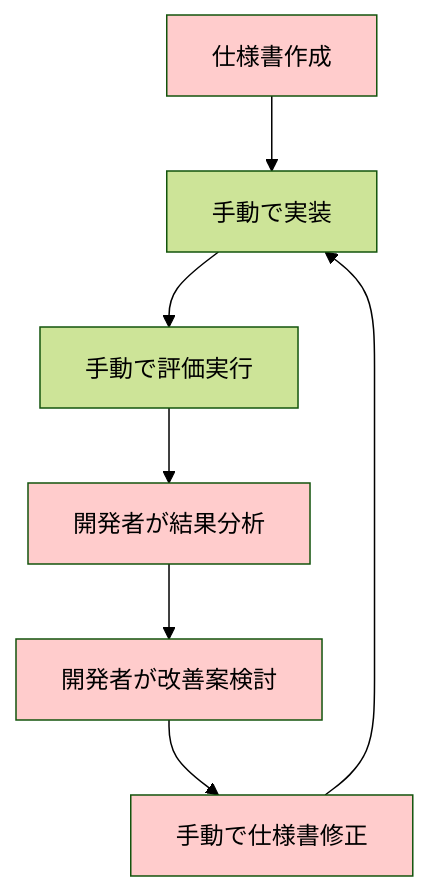
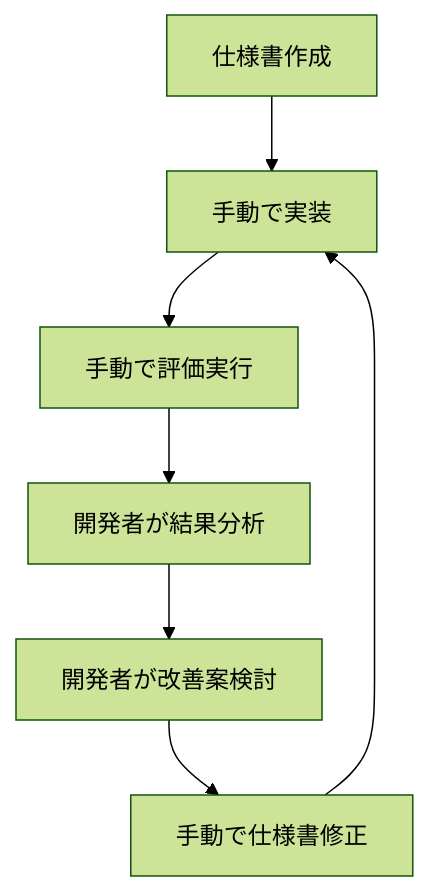
One commit to abekoki/Improve_algorithm_development changed the first of 4 diagrams in projects/プロジェクト提案資料.md. Above: the diagram before and after it, drawn with Mermaid (forest theme). The commit also changed other lines of this file, not shown here.

````diff
--- a/projects/プロジェクト提案資料.md
+++ b/projects/プロジェクト提案資料.md
@@ -24,13 +24,9 @@
 ```mermaid
 graph TD
     A[仕様書作成] --> B[手動で実装]
     B --> C[手動で評価実行]
     C --> D[開発者が結果分析]
     D --> E[開発者が改善案検討]
     E --> F[手動で仕様書修正]
     F --> B
-    style A fill:#ffcccc
-    style D fill:#ffcccc
-    style E fill:#ffcccc
-    style F fill:#ffcccc
 ```
````
